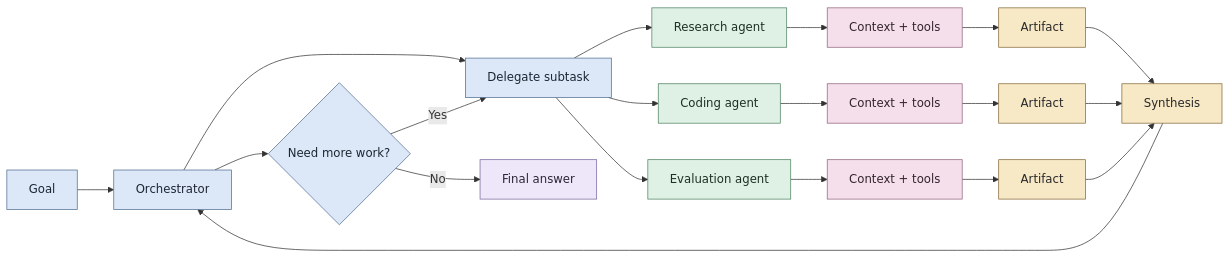
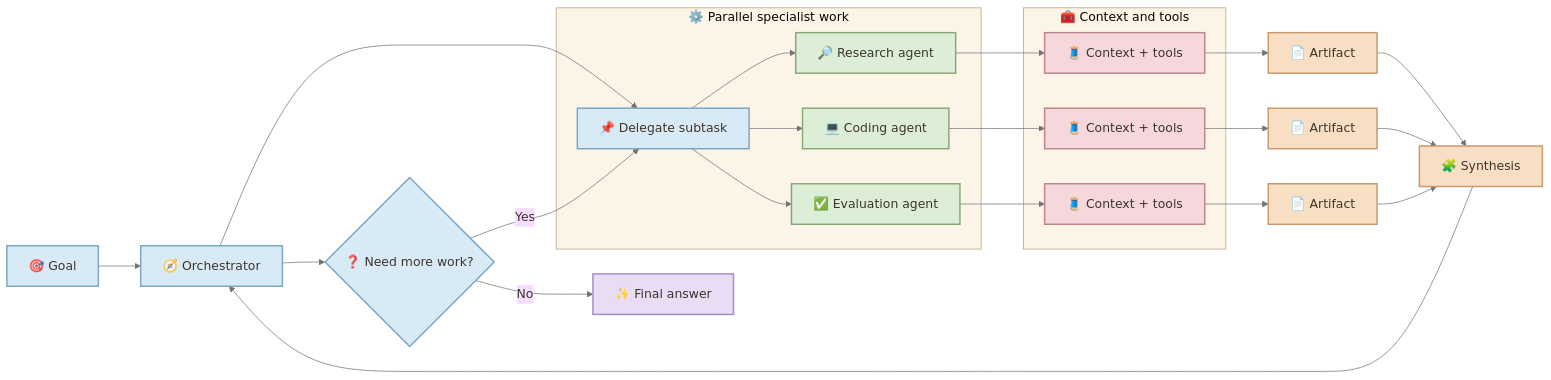
One commit to enogrob/enogrob.github.io changed the third of 4 diagrams in _posts/2026-09-19-from-society-of-mind-to-societies-of-ai-agents.md. Above: the diagram before and after it, drawn with Mermaid. The commit also changed other lines of this file and 4 other files, not shown here.

````diff
--- a/_posts/2026-09-19-from-society-of-mind-to-societies-of-ai-agents.md
+++ b/_posts/2026-09-19-from-society-of-mind-to-societies-of-ai-agents.md
@@ -223,37 +234,43 @@
 ```mermaid!
+%%{init: {'theme':'base','flowchart':{'useMaxWidth':true,'htmlLabels':true,'nodeSpacing':48,'rankSpacing':58,'curve':'basis'},'themeVariables':{'background':'#FFF8EF','primaryTextColor':'#3E342C','lineColor':'#6F7377','fontFamily':'Trebuchet MS, Verdana, sans-serif','fontSize':'17px','clusterBkg':'#FBF4E7','clusterBorder':'#B8A17D'}}}%%
 flowchart LR
-    G["Goal"] --> O["Orchestrator"]
-    O --> D["Delegate subtask"]
-    D --> A1["Research agent"]
-    D --> A2["Coding agent"]
-    D --> A3["Evaluation agent"]
+    G["🎯 Goal"] --> O["🧭 Orchestrator"]
+    O --> D["📌 Delegate subtask"]
 
-    A1 --> C1["Context + tools"]
-    A2 --> C2["Context + tools"]
-    A3 --> C3["Context + tools"]
+    subgraph E1["⚙️ Parallel specialist work"]
+      D --> A1["🔎 Research agent"]
+      D --> A2["💻 Coding agent"]
+      D --> A3["✅ Evaluation agent"]
+    end
 
-    C1 --> R1["Artifact"]
-    C2 --> R2["Artifact"]
-    C3 --> R3["Artifact"]
+    subgraph E2["🧰 Context and tools"]
+      A1 --> C1["🧵 Context + tools"]
+      A2 --> C2["🧵 Context + tools"]
+      A3 --> C3["🧵 Context + tools"]
+    end
 
-    R1 --> S["Synthesis"]
+    C1 --> R1["📄 Artifact"]
+    C2 --> R2["📄 Artifact"]
+    C3 --> R3["📄 Artifact"]
+
+    R1 --> S["🧩 Synthesis"]
     R2 --> S
     R3 --> S
     S --> O
 
-    O --> Q{"Need more work?"}
+    O --> Q{"❓ Need more work?"}
     Q -->|Yes| D
-    Q -->|No| F["Final answer"]
+    Q -->|No| F["✨ Final answer"]
 
-    classDef core fill:#dce8f7,stroke:#506d91,color:#1d2733;
-    classDef agent fill:#dff1e5,stroke:#4f8060,color:#1e3024;
-    classDef tool fill:#f4dfeb,stroke:#93647e,color:#34242e;
-    classDef out fill:#f7e8c6,stroke:#866a3b,color:#292929;
-    classDef final fill:#eee7fa,stroke:#78679b,color:#2c2639;
+    classDef orchestrator fill:#D9EAF7,stroke:#7AA6C2,color:#3E342C,stroke-width:2px;
+    classDef specialist fill:#DCEFD6,stroke:#86A878,color:#3E342C,stroke-width:2px;
+    classDef tool fill:#F5D7DC,stroke:#BD858E,color:#3E342C,stroke-width:2px;
+    classDef output fill:#F8DFC4,stroke:#C9986D,color:#3E342C,stroke-width:2px;
+    classDef final fill:#E8DDF5,stroke:#A68BC4,color:#3E342C,stroke-width:2px;
 
-    class G,O,D,Q core;
-    class A1,A2,A3 agent;
+    class G,O,D,Q orchestrator;
+    class A1,A2,A3 specialist;
     class C1,C2,C3 tool;
-    class R1,R2,R3,S out;
+    class R1,R2,R3,S output;
     class F final;
 ```
````
